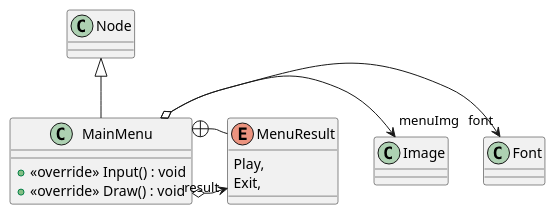
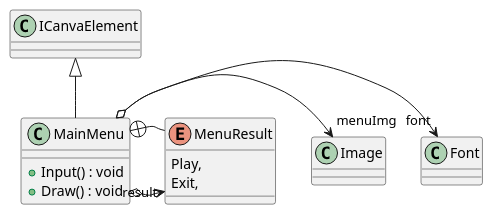
The diagram in uml/SweeperRpg/Src/UI/MainMenu.puml (Reroll-inc/sweeper-rpg), drawn with PlantUML before and after one commit. The commit also changed 26 other files, not shown here.

Commit message:
regenerate uml

```diff
--- a/uml/SweeperRpg/Src/UI/MainMenu.puml
+++ b/uml/SweeperRpg/Src/UI/MainMenu.puml
@@ -1,15 +1,15 @@
 @startuml
 class MainMenu {
-    + <<override>> Input() : void
-    + <<override>> Draw() : void
+    + Input() : void
+    + Draw() : void
 }
 enum MenuResult {
     Play,
     Exit,
 }
-Node <|-- MainMenu
+ICanvaElement <|-- MainMenu
 MainMenu o-> "font" Font
 MainMenu o-> "menuImg" Image
 MainMenu o-> "result" MenuResult
 MainMenu +-- MenuResult
 @enduml
```
